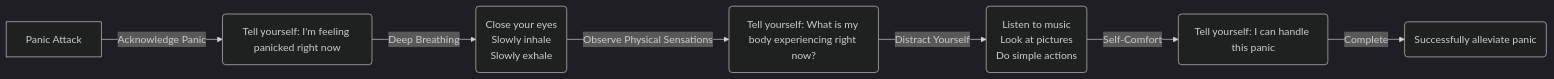
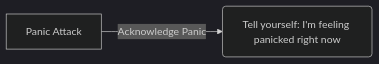
Before and after one commit to a920604a/engineernews: the first of 2 diagrams in src/content/posts/learning/2026-04-29-5-.en.md, drawn with Mermaid (dark theme). The commit also changed other lines of this file and 49 other files, not shown here.

````diff
--- a/src/content/posts/learning/2026-04-29-5-.en.md
+++ b/src/content/posts/learning/2026-04-29-5-.en.md
@@ -63,9 +24,4 @@
 ```mermaid
 graph LR
     A[Panic Attack] -->|"Acknowledge Panic"| B("Tell yourself: I'm feeling panicked right now")
-    B -->|"Deep Breathing"| C(Close your eyes\nSlowly inhale\nSlowly exhale)
-    C -->|"Observe Physical Sensations"| D("Tell yourself: What is my body experiencing right now?")
-    D -->|"Distract Yourself"| E(Listen to music\nLook at pictures\nDo simple actions)
-    E -->|"Self-Comfort"| F("Tell yourself: I can handle this panic")
-    F -->|"Complete"| G(Successfully alleviate panic)
 ```
````
